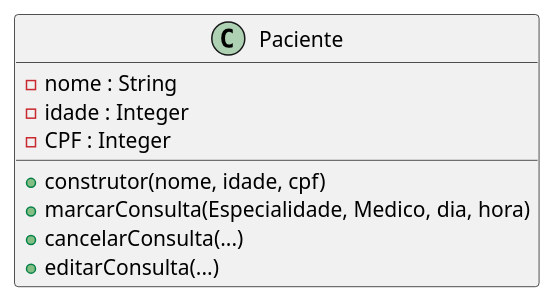
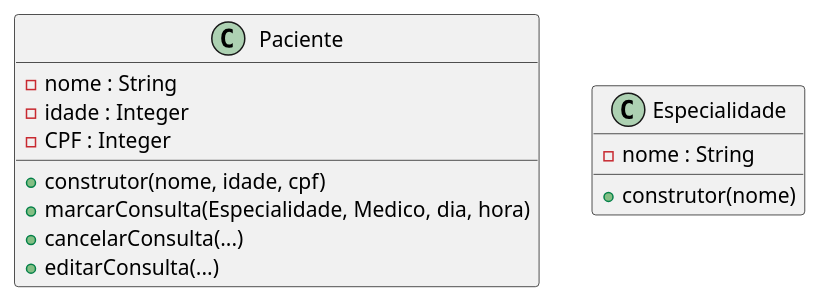
Before and after one commit to anleaes/2022-1-N2-POO-03: the diagram in diagrama.plantuml, drawn with PlantUML.

Commit message:
criado classe Especialidade

```diff
--- a/diagrama.plantuml
+++ b/diagrama.plantuml
@@ -1,13 +1,18 @@
 @startuml Gerenciamento de Exames Medicos
 
     class Paciente{
         - nome : String
         - idade : Integer
         - CPF : Integer
         + construtor(nome, idade, cpf)
         + marcarConsulta(Especialidade, Medico, dia, hora)
         + cancelarConsulta(...)
         + editarConsulta(...)
     }
 
+    class Especialidade{
+        - nome : String
+        + construtor(nome)
+    }
+
 @enduml
```
